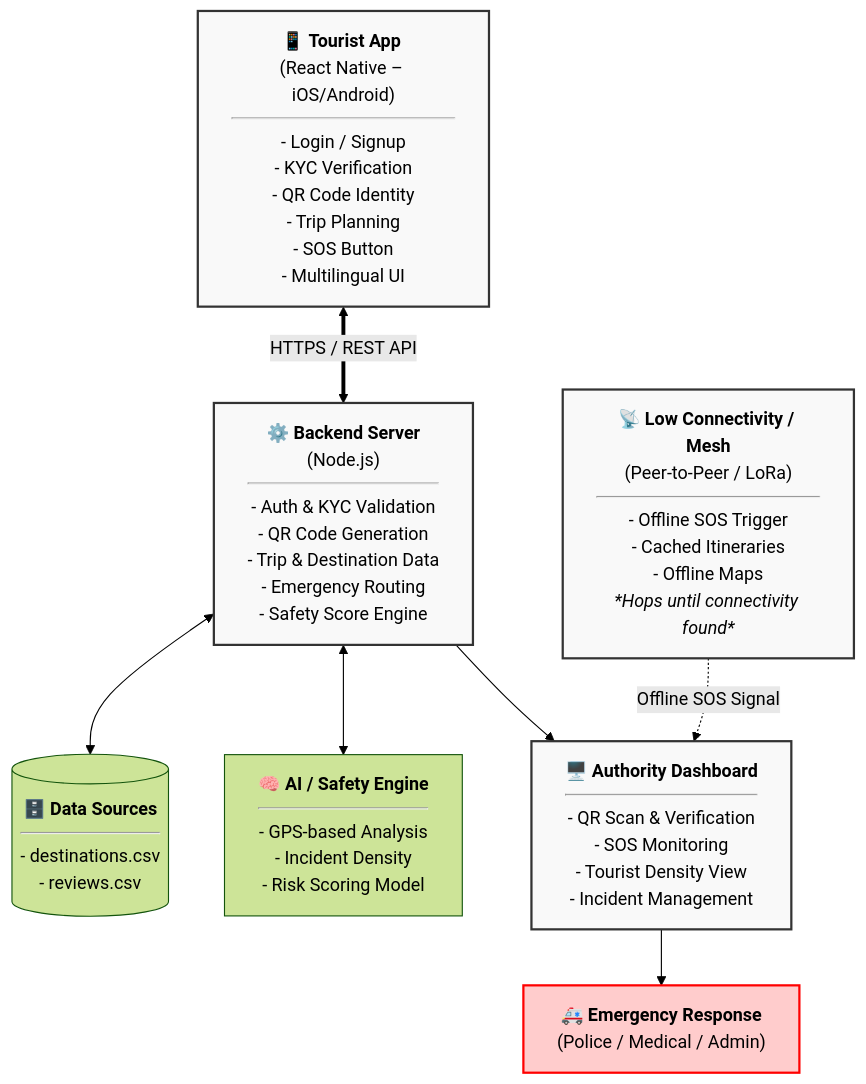
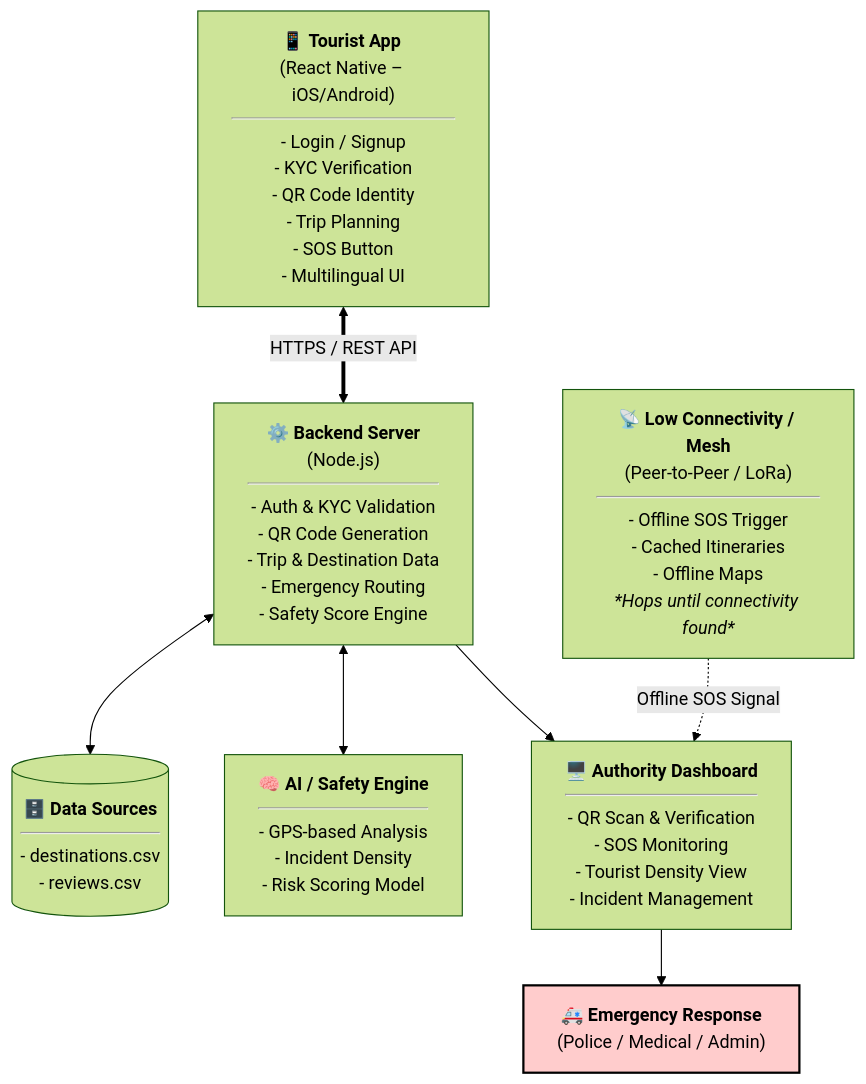
The diagram in README.md (VS2412/GUARDIA--core), drawn with Mermaid (forest theme) before and after one commit.

````diff
--- a/README.md
+++ b/README.md
@@ -75,33 +75,31 @@
 ```mermaid
 graph TD
     %% 1. Tourist App Node
     App["📱 <b>Tourist App</b> <br/>(React Native – iOS/Android)<hr/>- Login / Signup<br/>- KYC Verification<br/>- QR Code Identity<br/>- Trip Planning<br/>- SOS Button<br/>- Multilingual UI"]
     
     %% 2. Backend Node
     Backend["⚙️ <b>Backend Server</b> <br/>(Node.js)<hr/>- Auth & KYC Validation<br/>- QR Code Generation<br/>- Trip & Destination Data<br/>- Emergency Routing<br/>- Safety Score Engine"]
     
     %% 3. Data & AI Nodes
     Data[("🗄️ <b>Data Sources</b><br/><hr/>- destinations.csv<br/>- reviews.csv")]
     AI["🧠 <b>AI / Safety Engine</b><br/><hr/>- GPS-based Analysis<br/>- Incident Density<br/>- Risk Scoring Model"]
 
     %% 4. Authority & Emergency
     AuthDash["🖥️ <b>Authority Dashboard</b><br/><hr/>- QR Scan & Verification<br/>- SOS Monitoring<br/>- Tourist Density View<br/>- Incident Management"]
     Emergency["🚑 <b>Emergency Response</b><br/>(Police / Medical / Admin)"]
 
     %% 5. Mesh Network
     Mesh["📡 <b>Low Connectivity / Mesh</b><br/>(Peer-to-Peer / LoRa)<hr/>- Offline SOS Trigger<br/>- Cached Itineraries<br/>- Offline Maps<br/><i>*Hops until connectivity found*</i>"]
 
     %% CONNECTIONS
     App <==>|HTTPS / REST API| Backend
     Backend <--> Data
     Backend <--> AI
     Backend --> AuthDash
     AuthDash --> Emergency
     Mesh -.->|Offline SOS Signal| AuthDash
 
-    %% STYLING (Optional: Makes it look nicer)
-    classDef box fill:#f9f9f9,stroke:#333,stroke-width:2px;
-    class App,Backend,AuthDash,Mesh box;
-    classDef alert fill:#ffcccc,stroke:#ff0000,stroke-width:2px;
+    %% STYLING 
+    classDef alert fill:#ffcccc,stroke:#000000,stroke-width:2px;
     class Emergency alert;
 ```
````
